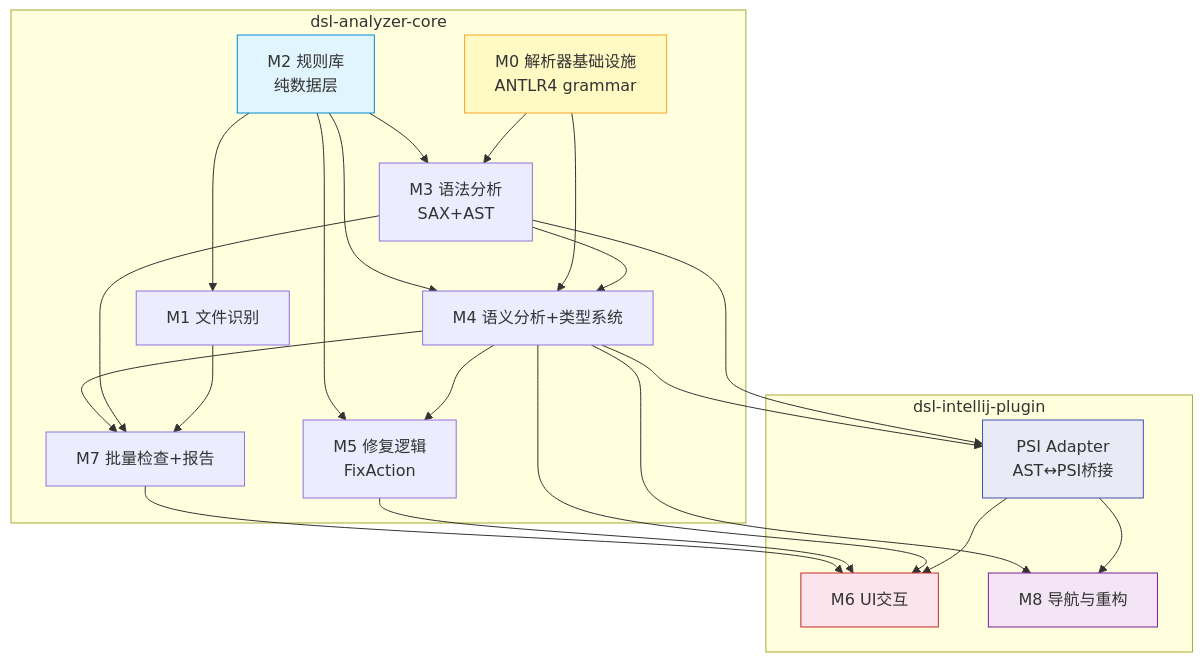
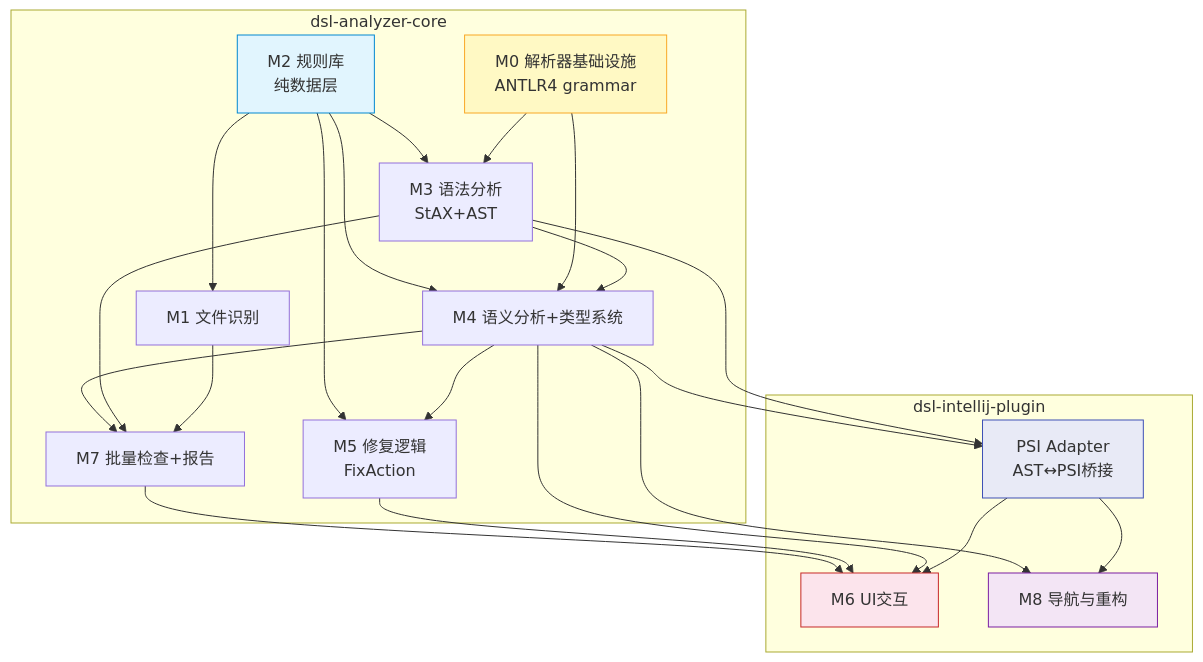
Before and after one commit to araragi-koyomin/theme-engine-dsl-static-analyzer: the first of 3 diagrams in docs/Architecture.md, drawn with Mermaid. The commit also changed other lines of this file and 1 other file, not shown here.

Commit message:
docs: update Architecture + TDD — SAX→StAX, package names, version labels, CLI params

````diff
--- a/docs/Architecture.md
+++ b/docs/Architecture.md
@@ -85,44 +85,44 @@
 ```mermaid
 graph TD
     subgraph dsl-analyzer-core
         M0[M0 解析器基础设施<br/>ANTLR4 grammar]
         M1[M1 文件识别]
         M2[M2 规则库<br/>纯数据层]
-        M3[M3 语法分析<br/>SAX+AST]
+        M3[M3 语法分析<br/>StAX+AST]
         M4[M4 语义分析+类型系统]
         M5[M5 修复逻辑<br/>FixAction]
         M7[M7 批量检查+报告]
     end
 
     subgraph dsl-intellij-plugin
         PSI[PSI Adapter<br/>AST↔PSI桥接]
         M6[M6 UI交互]
         M8[M8 导航与重构]
     end
 
     M2 --> M1
     M0 --> M3
     M2 --> M3
     M3 --> M4
     M0 --> M4
     M2 --> M4
     M4 --> M5
     M2 --> M5
     M1 --> M7
     M3 --> M7
     M4 --> M7
     M3 --> PSI
     M4 --> PSI
     PSI --> M6
     PSI --> M8
     M4 --> M6
     M5 --> M6
     M7 --> M6
     M4 --> M8
 
     style M2 fill:#e1f5fe,stroke:#0288d1
     style M0 fill:#fff9c4,stroke:#f9a825
     style PSI fill:#e8eaf6,stroke:#3f51b5
     style M6 fill:#fce4ec,stroke:#c62828
     style M8 fill:#f3e5f5,stroke:#7b1fa2
 ```
````
